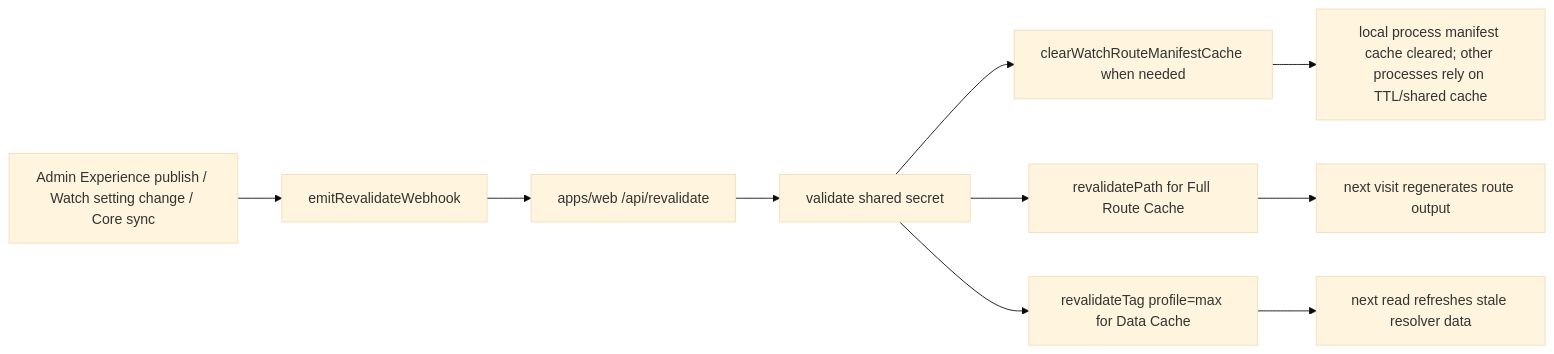
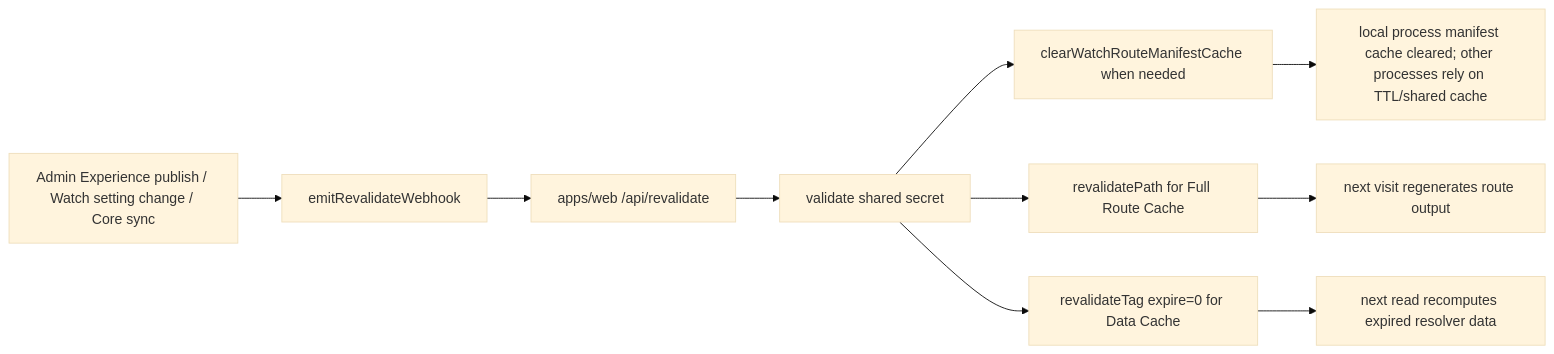
One commit to JesusFilm/forge changed the diagram in docs/plans/2026-06-10-001-fix-watch-cache-invalidation-plan.md. Above: the diagram before and after it, drawn with Mermaid (base theme). The commit also changed other lines of this file and 6 other files, not shown here.

````diff
--- a/docs/plans/2026-06-10-001-fix-watch-cache-invalidation-plan.md
+++ b/docs/plans/2026-06-10-001-fix-watch-cache-invalidation-plan.md
@@ -108,12 +108,12 @@
 ```mermaid
 flowchart LR
   A["Admin Experience publish / Watch setting change / Core sync"] --> B["emitRevalidateWebhook"]
   B --> C["apps/web /api/revalidate"]
   C --> D["validate shared secret"]
   D --> E["clearWatchRouteManifestCache when needed"]
   D --> F["revalidatePath for Full Route Cache"]
-  D --> G["revalidateTag profile=max for Data Cache"]
+  D --> G["revalidateTag expire=0 for Data Cache"]
   F --> H["next visit regenerates route output"]
-  G --> I["next read refreshes stale resolver data"]
+  G --> I["next read recomputes expired resolver data"]
   E --> J["local process manifest cache cleared; other processes rely on TTL/shared cache"]
 ```
````
